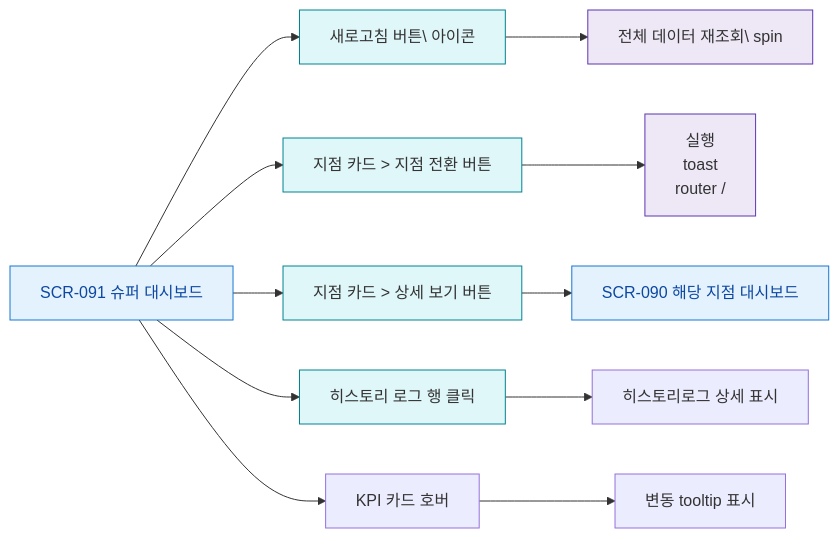
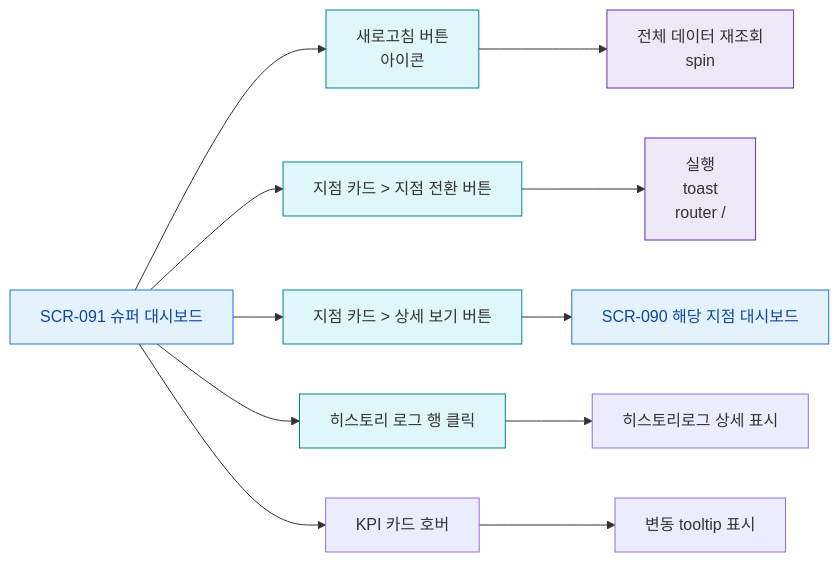
One commit to dev-spogym/admin-pando changed the diagram in docs/admin/다이어그램/D10_본사관리/SCR-091_슈퍼대시보드/F3_버튼액션.md. Above: the diagram before and after it, drawn with Mermaid. The commit also changed 369 other files, not shown here.

````diff
--- a/docs/admin/다이어그램/D10_본사관리/SCR-091_슈퍼대시보드/F3_버튼액션.md
+++ b/docs/admin/다이어그램/D10_본사관리/SCR-091_슈퍼대시보드/F3_버튼액션.md
@@ -12,24 +12,24 @@
 ```mermaid
 flowchart LR
   SCR_091[SCR-091 슈퍼 대시보드]
 
-  SCR_091 --> BTN_REFRESH[새로고침 버튼\ 아이콘]
+  SCR_091 --> BTN_REFRESH[새로고침 버튼<br/> 아이콘]
   SCR_091 --> BTN_SWITCH[지점 카드 > 지점 전환 버튼]
   SCR_091 --> BTN_DETAIL[지점 카드 > 상세 보기 버튼]
   SCR_091 --> BTN_AUDIT[히스토리 로그 행 클릭]
   SCR_091 --> BTN_KPI_CARD[KPI 카드 호버]
 
-  BTN_REFRESH --> ACT_RELOAD[전체 데이터 재조회\ spin]
+  BTN_REFRESH --> ACT_RELOAD[전체 데이터 재조회<br/> spin]
   BTN_SWITCH --> ACT_SWITCH[실행\ntoast\nrouter /]
   BTN_DETAIL --> SCR_090[SCR-090 해당 지점 대시보드]
   BTN_AUDIT --> ACT_AUDIT[히스토리로그 상세 표시]
   BTN_KPI_CARD --> ACT_TOOLTIP[변동 tooltip 표시]
 
   classDef screen fill:#E3F2FD,stroke:#1976D2,color:#0D47A1
   classDef system fill:#EDE7F6,stroke:#5E35B2
   classDef action fill:#E0F7FA,stroke:#00838F
 
   class SCR_091,SCR_090 screen
   class ACT_SWITCH,ACT_RELOAD system
   class BTN_REFRESH,BTN_SWITCH,BTN_DETAIL,BTN_AUDIT action
 ```
````
